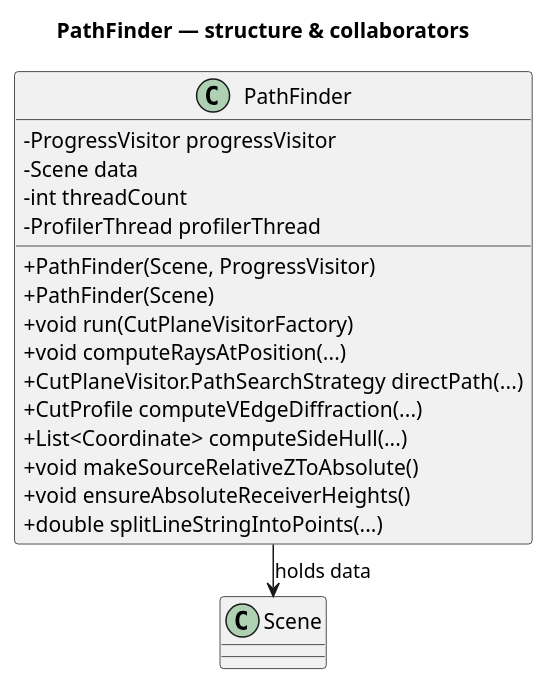
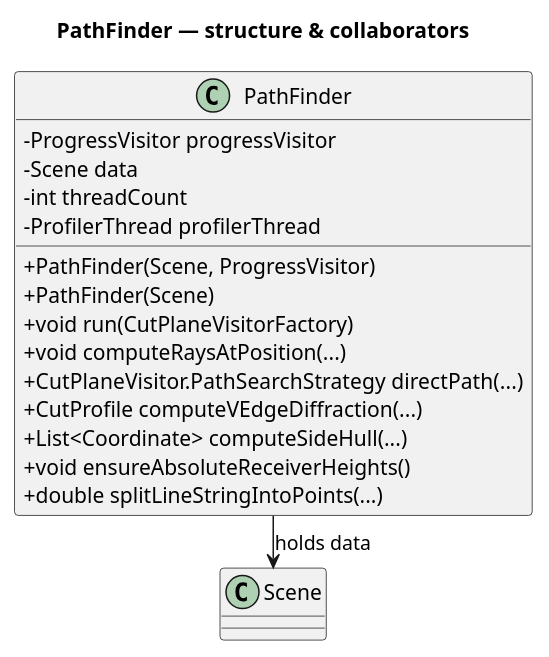
The first of 4 diagrams in Docs-dev/pathfinder_algorithms.md (jtagusari/NoiseModelling), drawn with PlantUML before and after one commit. The commit also changed 18 other files, not shown here.

````diff
--- a/Docs-dev/pathfinder_algorithms.md
+++ b/Docs-dev/pathfinder_algorithms.md
@@ -74,32 +74,31 @@
 ```plantuml
 @startuml
 top to bottom direction
 skinparam componentStyle rectangle
 skinparam classPadding 2
 skinparam packagePadding 2
 skinparam classAttributeIconSize 0
 skinparam nodesep 8
 skinparam ranksep 10
 title PathFinder — structure & collaborators
 
 class PathFinder {
   - ProgressVisitor progressVisitor
   - Scene data
   - int threadCount
   - ProfilerThread profilerThread
   + PathFinder(Scene, ProgressVisitor)
   + PathFinder(Scene)
   + void run(CutPlaneVisitorFactory)
   + void computeRaysAtPosition(...)
   + CutPlaneVisitor.PathSearchStrategy directPath(...)
   + CutProfile computeVEdgeDiffraction(...)
   + List<Coordinate> computeSideHull(...)
-  + void makeSourceRelativeZToAbsolute()
   + void ensureAbsoluteReceiverHeights()
   + double splitLineStringIntoPoints(...)
 }
 
 PathFinder --> Scene : holds data
 
 @enduml
 ```
````
